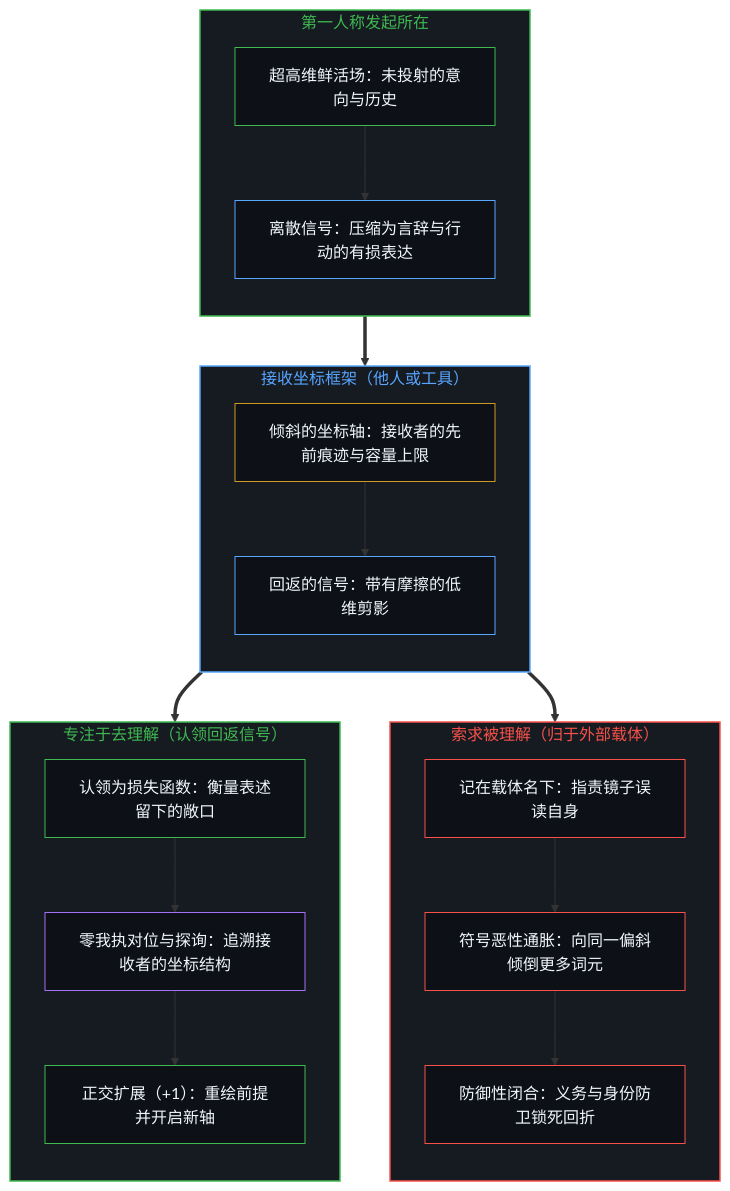
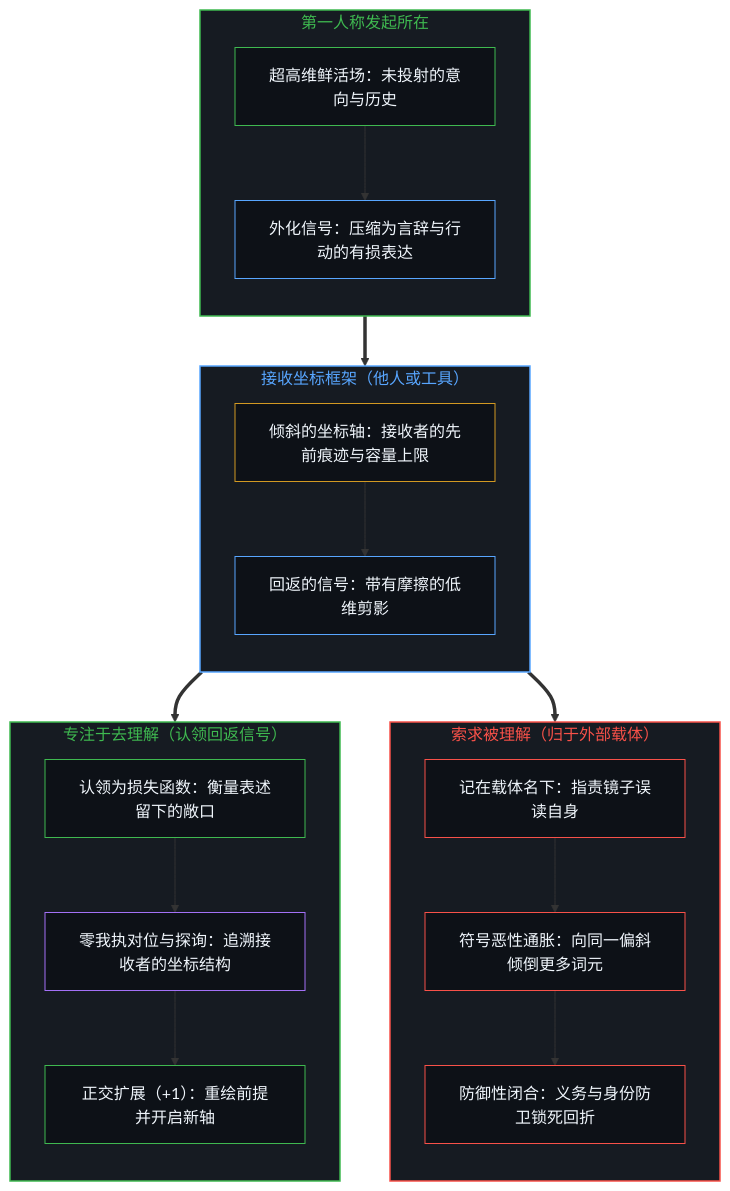
The first of 2 diagrams in content/posts/the-asymmetry-of-understanding.md (powerpig99/not-a-toe), drawn with Mermaid before and after one commit. The commit also changed other lines of this file and 1 other file, not shown here.

````diff
--- a/content/posts/the-asymmetry-of-understanding.md
+++ b/content/posts/the-asymmetry-of-understanding.md
@@ -45,46 +45,46 @@
 ```mermaid
 flowchart TD
     subgraph S_Origin["第一人称发起所在"]
         direction TB
         M_Edge["超高维鲜活场：未投射的意向与历史"]
-        M_Signal["离散信号：压缩为言辞与行动的有损表达"]
+        M_Signal["外化信号：压缩为言辞与行动的有损表达"]
         M_Edge --> M_Signal
     end
     subgraph S_Screen["接收坐标框架（他人或工具）"]
         direction TB
         R_Filter["倾斜的坐标轴：接收者的先前痕迹与容量上限"]
         R_Slice["回返的信号：带有摩擦的低维剪影"]
         R_Filter --> R_Slice
     end
     subgraph S_Demand["索求被理解（归于外部载体）"]
         direction TB
         D_Blame["记在载体名下：指责镜子误读自身"]
         D_Inflate["符号恶性通胀：向同一偏斜倾倒更多词元"]
         D_Lock["防御性闭合：义务与身份防卫锁死回折"]
         D_Blame --> D_Inflate --> D_Lock
     end
     subgraph S_Understand["专注于去理解（认领回返信号）"]
         direction TB
         U_Claim["认领为损失函数：衡量表述留下的敞口"]
         U_Peer["零我执对位与探询：追溯接收者的坐标结构"]
         U_Open["正交扩展（+1）：重绘前提并开启新轴"]
         U_Claim --> U_Peer --> U_Open
     end
     M_Signal ==> R_Filter
     R_Slice ==> D_Blame
     R_Slice ==> U_Claim
     style S_Origin fill:#161b22,stroke:#3fb950,stroke-width:1.5px,color:#3fb950
     style S_Screen fill:#161b22,stroke:#58a6ff,stroke-width:1.5px,color:#58a6ff
     style S_Demand fill:#161b22,stroke:#f85149,stroke-width:1.5px,color:#f85149
     style S_Understand fill:#161b22,stroke:#3fb950,stroke-width:1.5px,color:#3fb950
     style M_Edge fill:#0d1117,stroke:#3fb950,stroke-width:1px,color:#f0f6fc
     style M_Signal fill:#0d1117,stroke:#58a6ff,stroke-width:1px,color:#f0f6fc
     style R_Filter fill:#0d1117,stroke:#d29922,stroke-width:1px,color:#f0f6fc
     style R_Slice fill:#0d1117,stroke:#58a6ff,stroke-width:1px,color:#f0f6fc
     style D_Blame fill:#0d1117,stroke:#f85149,stroke-width:1px,color:#f0f6fc
     style D_Inflate fill:#0d1117,stroke:#f85149,stroke-width:1px,color:#f0f6fc
     style D_Lock fill:#0d1117,stroke:#f85149,stroke-width:1px,color:#f0f6fc
     style U_Claim fill:#0d1117,stroke:#3fb950,stroke-width:1px,color:#f0f6fc
     style U_Peer fill:#0d1117,stroke:#a371f7,stroke-width:1px,color:#f0f6fc
     style U_Open fill:#0d1117,stroke:#3fb950,stroke-width:1px,color:#f0f6fc
 ```
````
